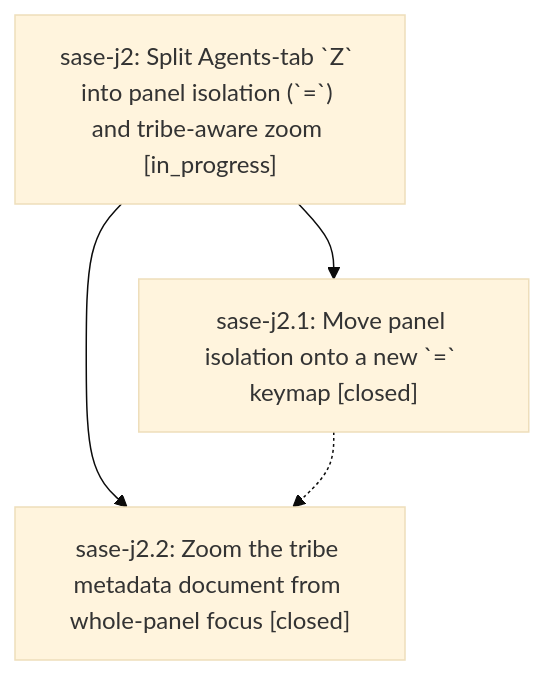
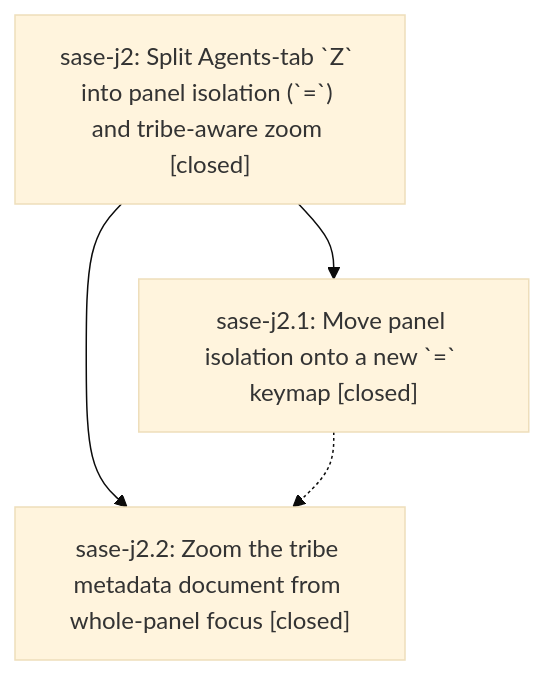
Before and after one commit to sase-org/sase--beads: the diagram in pages/sase-j2/README.md, drawn with Mermaid (base theme). The commit also changed other lines of this file, not shown here.

First line of the commit message:
chore(beads): sync bead state and pages for sase-j2

````diff
--- a/pages/sase-j2/README.md
+++ b/pages/sase-j2/README.md
@@ -23,9 +39,9 @@
 ```mermaid
 flowchart TD
-    n0["sase-j2: Split Agents-tab `Z` into panel isolation (`=`) and tribe-aware zoom [in_progress]"]
+    n0["sase-j2: Split Agents-tab `Z` into panel isolation (`=`) and tribe-aware zoom [closed]"]
     n1["sase-j2.1: Move panel isolation onto a new `=` keymap [closed]"]
     n2["sase-j2.2: Zoom the tribe metadata document from whole-panel focus [closed]"]
     n0 --> n1
     n0 --> n2
     n1 -.-> n2
 ```
````
